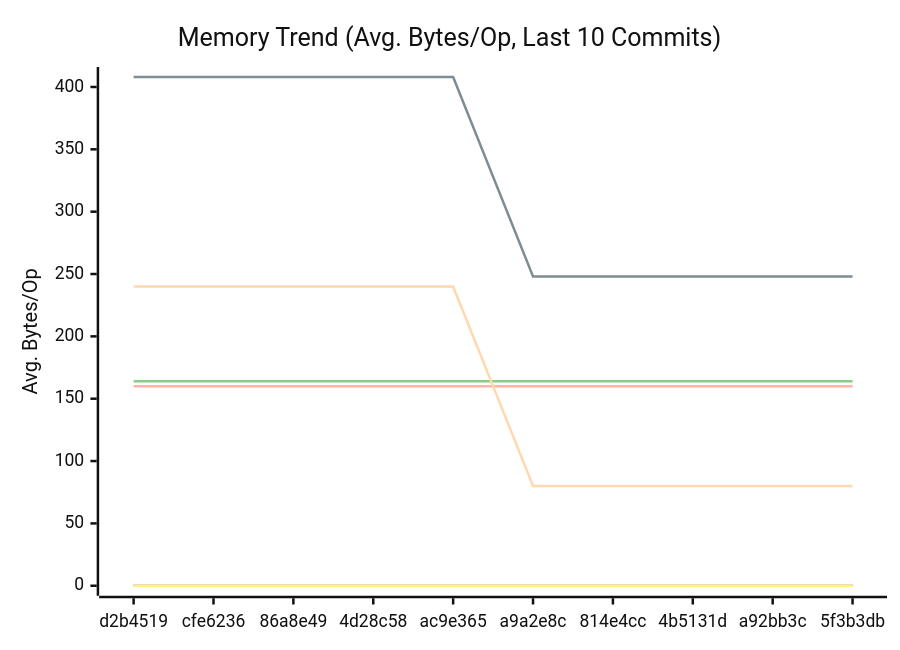
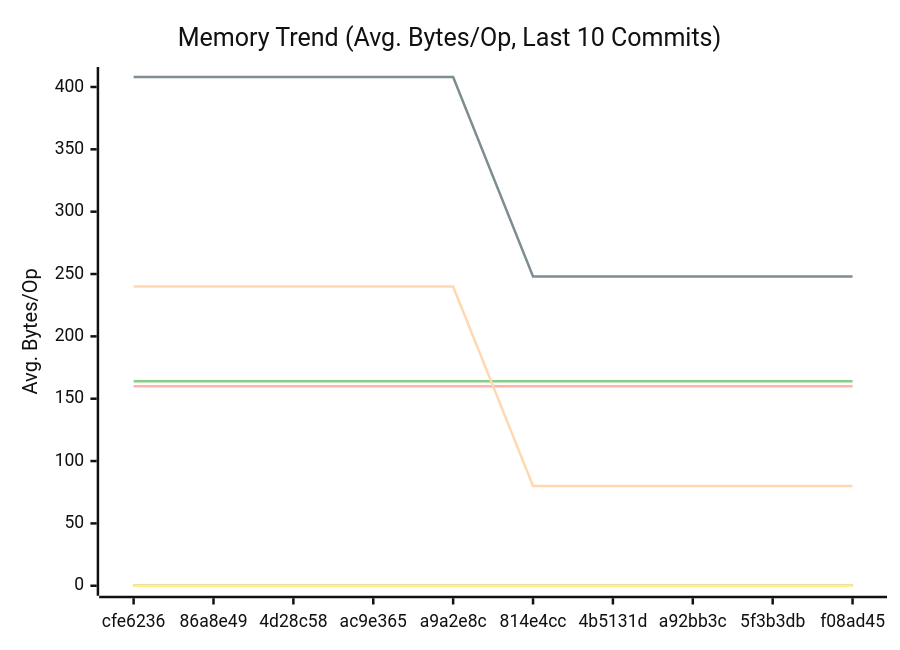
One commit to alsotoes/momo changed the second of 3 diagrams in docs/PERFORMANCE.md. Above: the diagram before and after it, drawn with Mermaid (neutral theme). The commit also changed other lines of this file and 5 other files, not shown here.

````diff
--- a/docs/PERFORMANCE.md
+++ b/docs/PERFORMANCE.md
@@ -97,16 +97,16 @@
 ```mermaid
 xychart-beta
     title "Memory Trend (Avg. Bytes/Op, Last 10 Commits)"
     x-axis "Commit"
     y-axis "Avg. Bytes/Op"
-    x-axis [d2b4519,cfe6236,86a8e49,4d28c58,ac9e365,a9a2e8c,814e4cc,4b5131d,a92bb3c,5f3b3db]
+    x-axis [cfe6236,86a8e49,4d28c58,ac9e365,a9a2e8c,814e4cc,4b5131d,a92bb3c,5f3b3db,f08ad45]
     line "CheckMetricsAndSwap" [0,0,0,0,0,0,0,0,0,0]
     line "CrushOptimized" [0,0,0,0,0,0,0,0,0,0]
     line "CrushOriginal" [164,164,164,164,164,164,164,164,164,164]
     line "IndexDirectTracking" [0,0,0,0,0,0,0,0,0,0]
     line "IndexSearch" [0,0,0,0,0,0,0,0,0,0]
     line "LoadGlobalConfig" [160,160,160,160,160,160,160,160,160,160]
     line "PadString" [0,0,0,0,0,0,0,0,0,0]
     line "ParseReplicationOrder_NoPrealloc" [408,408,408,408,408,248,248,248,248,248]
     line "ParseReplicationOrder_Prealloc" [240,240,240,240,240,80,80,80,80,80]
 ```
````
